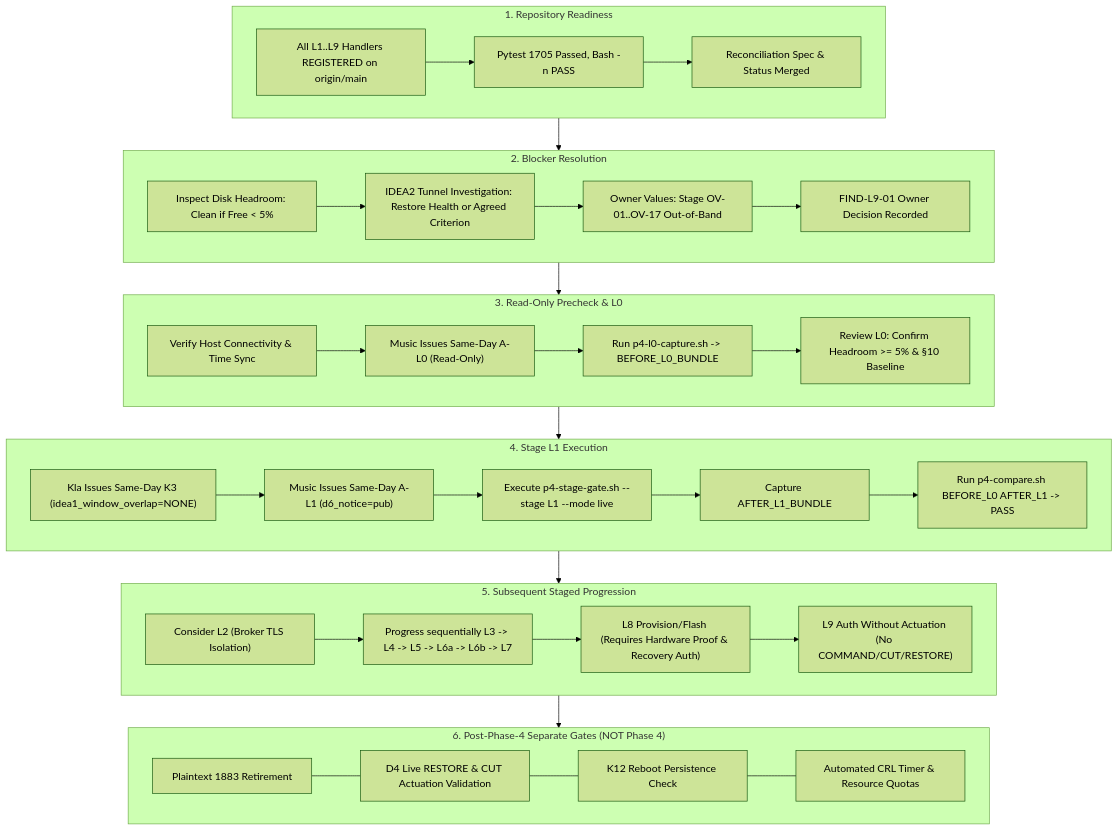
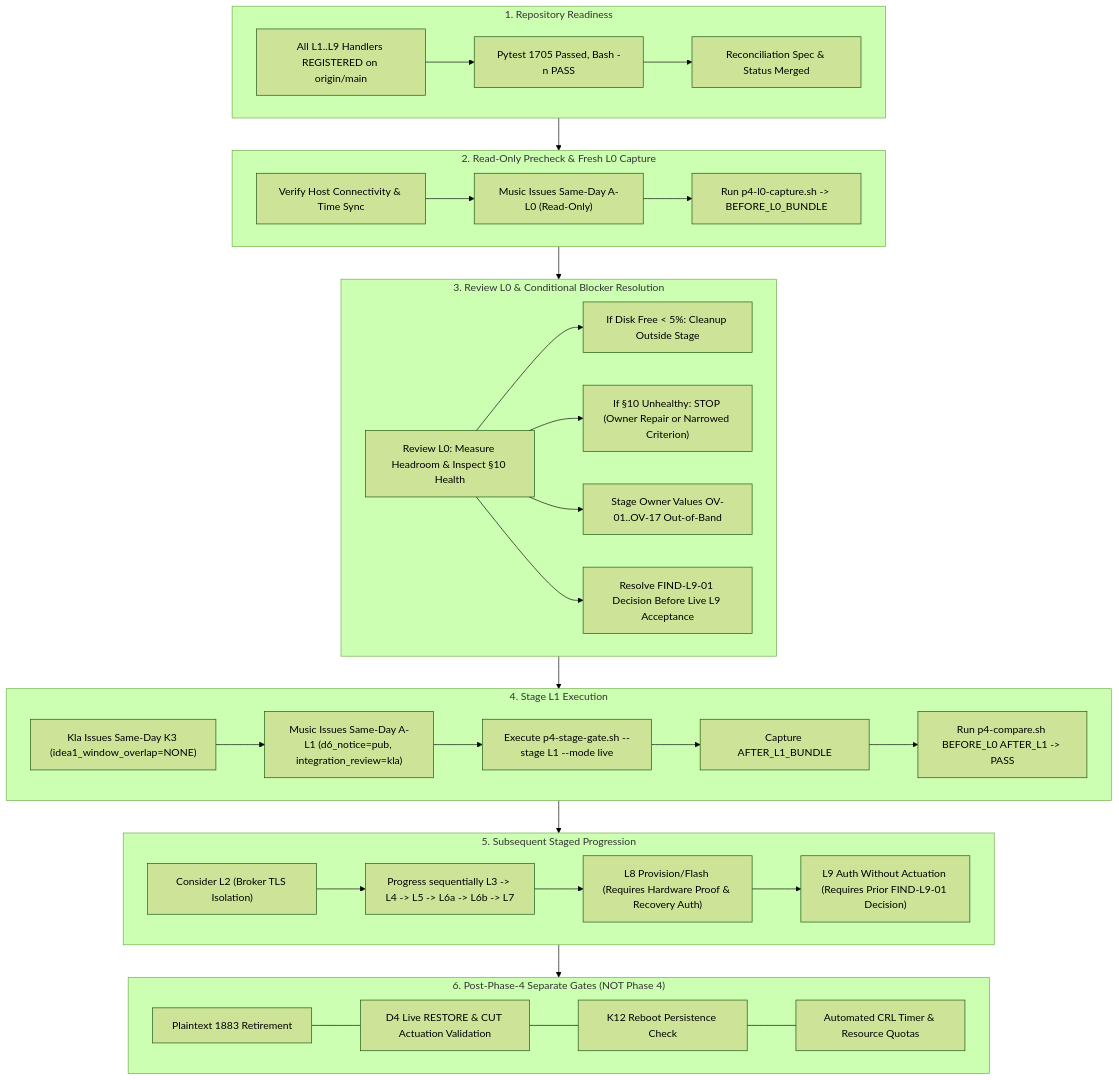
Before and after one commit to kraveerachat/Project-End-The-AEGIS: the diagram in IDEA3-AEGIS_Lockdown/docs/superpowers/specs/2026-09-21-idea3-pr11-phase4-live-readiness-reconciliation.md, drawn with Mermaid (forest theme). The commit also changed other lines of this file and 1 other file, not shown here.

Commit message:
docs(idea3): correct Phase 2 provenance, L0 sequence, and FIND-L9-01 scope

````diff
--- a/IDEA3-AEGIS_Lockdown/docs/superpowers/specs/2026-09-21-idea3-pr11-phase4-live-readiness-reconciliation.md
+++ b/IDEA3-AEGIS_Lockdown/docs/superpowers/specs/2026-09-21-idea3-pr11-phase4-live-readiness-reconciliation.md
@@ -295,52 +309,52 @@
 ```mermaid
 flowchart TD
     subgraph RepoReady["1. Repository Readiness"]
         RR1["All L1..L9 Handlers REGISTERED on origin/main"]
         RR2["Pytest 1705 Passed, Bash -n PASS"]
         RR3["Reconciliation Spec & Status Merged"]
         RR1 --> RR2 --> RR3
     end
 
-    subgraph BlockerRes["2. Blocker Resolution"]
-        BR1["Inspect Disk Headroom: Clean if Free < 5%"]
-        BR2["IDEA2 Tunnel Investigation: Restore Health or Agreed Criterion"]
-        BR3["Owner Values: Stage OV-01..OV-17 Out-of-Band"]
-        BR4["FIND-L9-01 Owner Decision Recorded"]
-        BR1 --> BR2 --> BR3 --> BR4
-    end
-
-    subgraph PrecheckL0["3. Read-Only Precheck & L0"]
+    subgraph PrecheckL0["2. Read-Only Precheck & Fresh L0 Capture"]
         P1["Verify Host Connectivity & Time Sync"]
         P2["Music Issues Same-Day A-L0 (Read-Only)"]
         P3["Run p4-l0-capture.sh -> BEFORE_L0_BUNDLE"]
-        P4["Review L0: Confirm Headroom >= 5% & §10 Baseline"]
-        P1 --> P2 --> P3 --> P4
+        P1 --> P2 --> P3
+    end
+
+    subgraph ReviewAndBlockers["3. Review L0 & Conditional Blocker Resolution"]
+        B1["Review L0: Measure Headroom & Inspect §10 Health"]
+        B2["If Disk Free < 5%: Cleanup Outside Stage"]
+        B3["If §10 Unhealthy: STOP (Owner Repair or Narrowed Criterion)"]
+        B4["Stage Owner Values OV-01..OV-17 Out-of-Band"]
+        B5["Resolve FIND-L9-01 Decision Before Live L9 Acceptance"]
+        B1 --> B2 & B3 & B4 & B5
     end
 
     subgraph GateL1["4. Stage L1 Execution"]
         GL1["Kla Issues Same-Day K3 (idea1_window_overlap=NONE)"]
-        GL2["Music Issues Same-Day A-L1 (d6_notice=pub)"]
+        GL2["Music Issues Same-Day A-L1 (d6_notice=pub, integration_review=kla)"]
         GL3["Execute p4-stage-gate.sh --stage L1 --mode live"]
         GL4["Capture AFTER_L1_BUNDLE"]
         GL5["Run p4-compare.sh BEFORE_L0 AFTER_L1 -> PASS"]
         GL1 --> GL2 --> GL3 --> GL4 --> GL5
     end
 
     subgraph NextStages["5. Subsequent Staged Progression"]
         S2["Consider L2 (Broker TLS Isolation)"]
         S3["Progress sequentially L3 -> L4 -> L5 -> L6a -> L6b -> L7"]
         S4["L8 Provision/Flash (Requires Hardware Proof & Recovery Auth)"]
-        S5["L9 Auth Without Actuation (No COMMAND/CUT/RESTORE)"]
+        S5["L9 Auth Without Actuation (Requires Prior FIND-L9-01 Decision)"]
         S2 --> S3 --> S4 --> S5
     end
 
     subgraph PostP4["6. Post-Phase-4 Separate Gates (NOT Phase 4)"]
         PP1["Plaintext 1883 Retirement"]
         PP2["D4 Live RESTORE & CUT Actuation Validation"]
         PP3["K12 Reboot Persistence Check"]
         PP4["Automated CRL Timer & Resource Quotas"]
         PP1 --- PP2 --- PP3 --- PP4
     end
 
-    RepoReady --> BlockerRes --> PrecheckL0 --> GateL1 --> NextStages --> PostP4
+    RepoReady --> PrecheckL0 --> ReviewAndBlockers --> GateL1 --> NextStages --> PostP4
 ```
````
